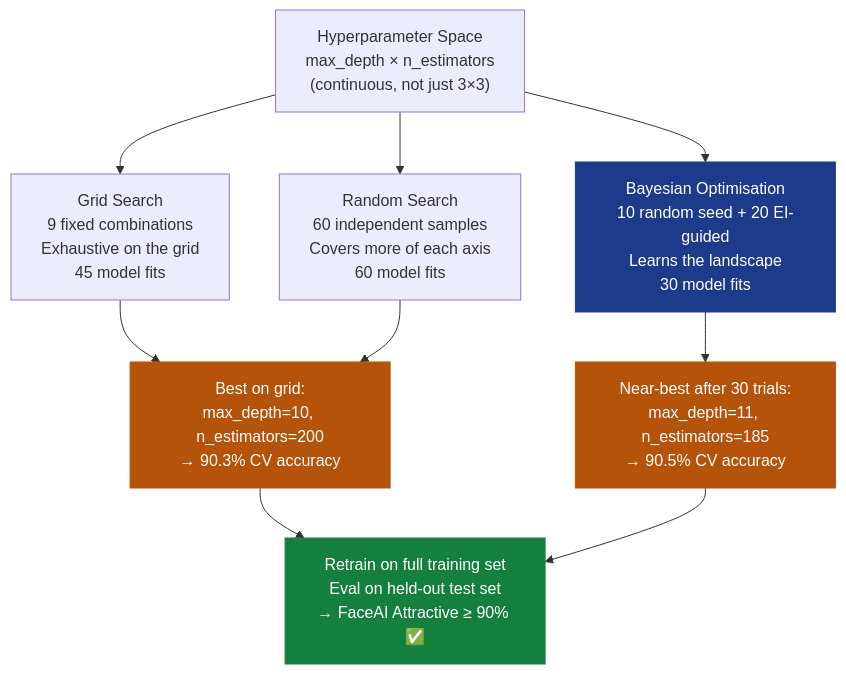
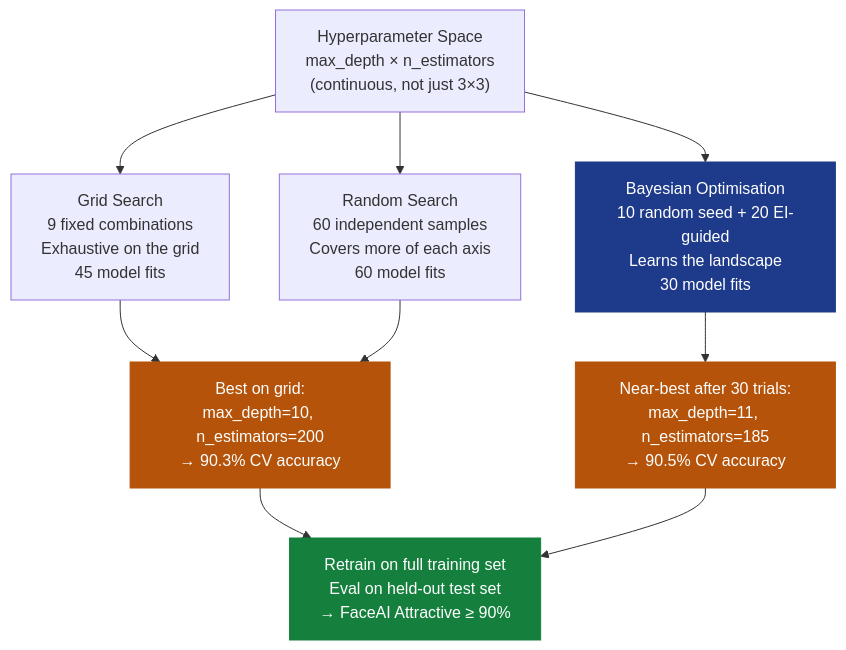
Before and after one commit to dsgouda7/ai-portfolio: the second of 4 diagrams in notes/01-ml/02-classification/ch05_hyperparameter_tuning/README.md, drawn with Mermaid. The commit also changed other lines of this file and 179 other files, not shown here.

````diff
--- a/notes/01-ml/02-classification/ch05_hyperparameter_tuning/README.md
+++ b/notes/01-ml/02-classification/ch05_hyperparameter_tuning/README.md
@@ -495,20 +495,20 @@
 ```mermaid
 flowchart TD
-    SPACE["Hyperparameter Space\nmax_depth × n_estimators\n(continuous, not just 3×3)"]
+ SPACE["Hyperparameter Space\nmax_depth × n_estimators\n(continuous, not just 3×3)"]
 
-    SPACE --> GRID["Grid Search\n9 fixed combinations\nExhaustive on the grid\n45 model fits"]
-    SPACE --> RAND["Random Search\n60 independent samples\nCovers more of each axis\n60 model fits"]
-    SPACE --> BAYES["Bayesian Optimisation\n10 random seed + 20 EI-guided\nLearns the landscape\n30 model fits"]
+ SPACE --> GRID["Grid Search\n9 fixed combinations\nExhaustive on the grid\n45 model fits"]
+ SPACE --> RAND["Random Search\n60 independent samples\nCovers more of each axis\n60 model fits"]
+ SPACE --> BAYES["Bayesian Optimisation\n10 random seed + 20 EI-guided\nLearns the landscape\n30 model fits"]
 
-    GRID --> WINNER["Best on grid:\nmax_depth=10, n_estimators=200\n→ 90.3% CV accuracy"]
-    RAND --> WINNER
-    BAYES --> WINNER2["Near-best after 30 trials:\nmax_depth=11, n_estimators=185\n→ 90.5% CV accuracy"]
+ GRID --> WINNER["Best on grid:\nmax_depth=10, n_estimators=200\n→ 90.3% CV accuracy"]
+ RAND --> WINNER
+ BAYES --> WINNER2["Near-best after 30 trials:\nmax_depth=11, n_estimators=185\n→ 90.5% CV accuracy"]
 
-    WINNER --> DEPLOY["Retrain on full training set\nEval on held-out test set\n→ FaceAI Attractive ≥ 90% ✅"]
-    WINNER2 --> DEPLOY
+ WINNER --> DEPLOY["Retrain on full training set\nEval on held-out test set\n→ FaceAI Attractive ≥ 90% "]
+ WINNER2 --> DEPLOY
 
-    style DEPLOY fill:#15803d,color:#ffffff,stroke:#15803d
-    style BAYES  fill:#1e3a8a,color:#ffffff,stroke:#1e3a8a
-    style WINNER fill:#b45309,color:#ffffff,stroke:#b45309
-    style WINNER2 fill:#b45309,color:#ffffff,stroke:#b45309
+ style DEPLOY fill:#15803d,color:#ffffff,stroke:#15803d
+ style BAYES fill:#1e3a8a,color:#ffffff,stroke:#1e3a8a
+ style WINNER fill:#b45309,color:#ffffff,stroke:#b45309
+ style WINNER2 fill:#b45309,color:#ffffff,stroke:#b45309
 ```
````
